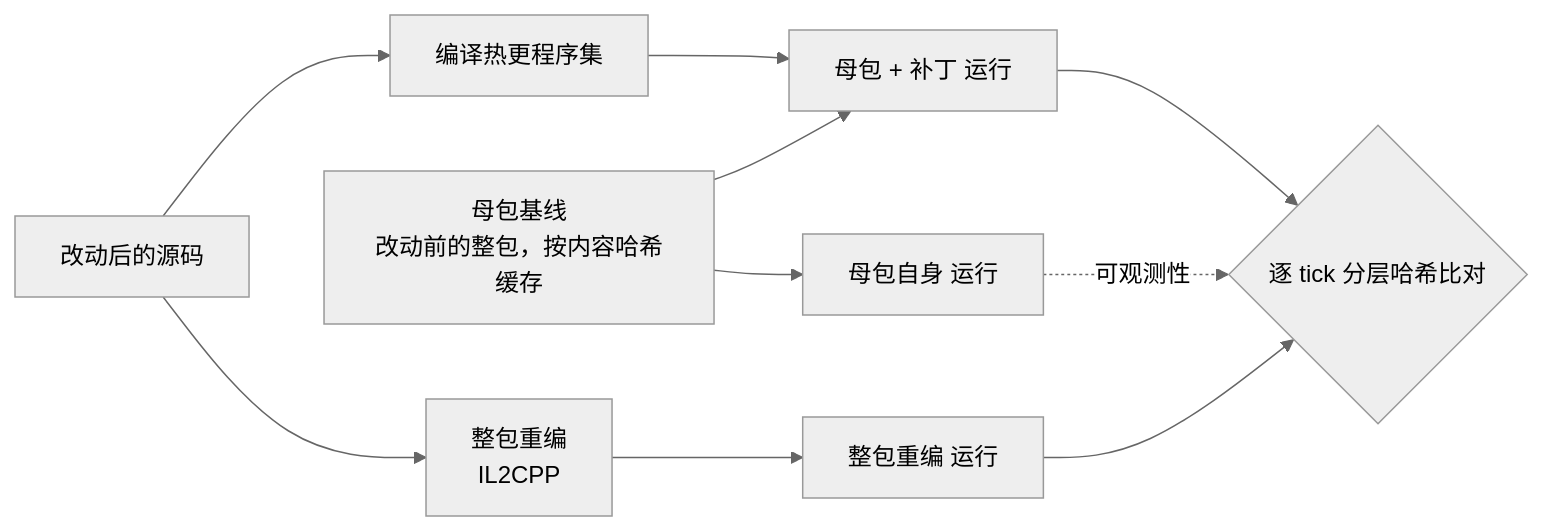
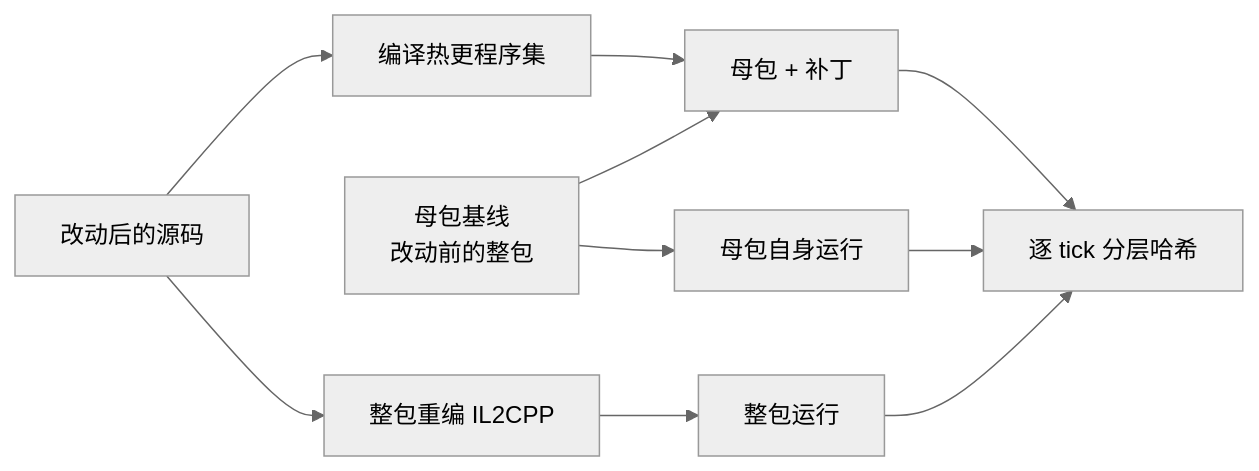
One commit to yanami4k/patchparity changed the diagram in README.md. Above: the diagram before and after it, drawn with Mermaid (neutral theme). The commit also changed other lines of this file, not shown here.

````diff
--- a/README.md
+++ b/README.md
@@ -46,11 +22,11 @@
 ```mermaid
 flowchart LR
     src[改动后的源码] --> patch[编译热更程序集]
-    base[母包基线<br/>改动前的整包，按内容哈希缓存] --> runP[母包 + 补丁 运行]
+    base[母包基线<br/>改动前的整包] --> runP[母包 + 补丁]
     patch --> runP
-    src --> rebuild[整包重编<br/>IL2CPP] --> runR[整包重编 运行]
-    base --> runB[母包自身 运行]
-    runP --> cmp{逐 tick 分层哈希比对}
+    src --> rebuild[整包重编 IL2CPP] --> runR[整包运行]
+    base --> runB[母包自身运行]
+    runP --> cmp[逐 tick 分层哈希]
     runR --> cmp
-    runB -.可观测性.-> cmp
+    runB --> cmp
 ```
````
